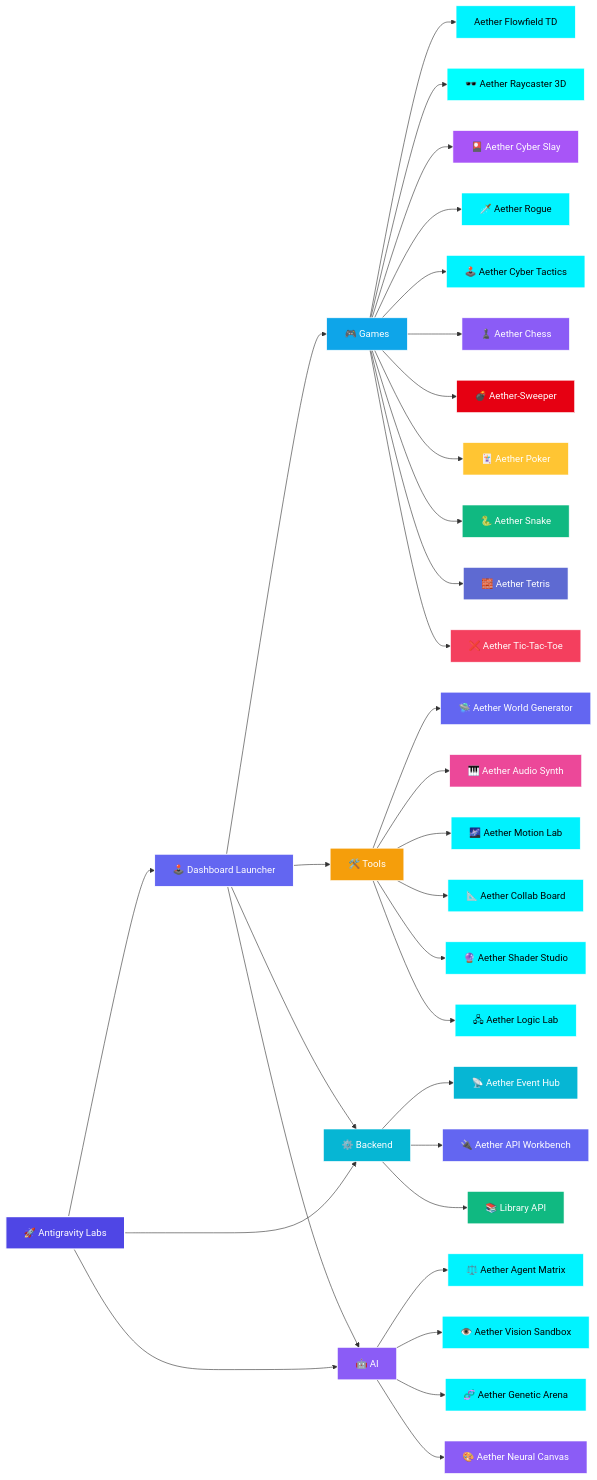
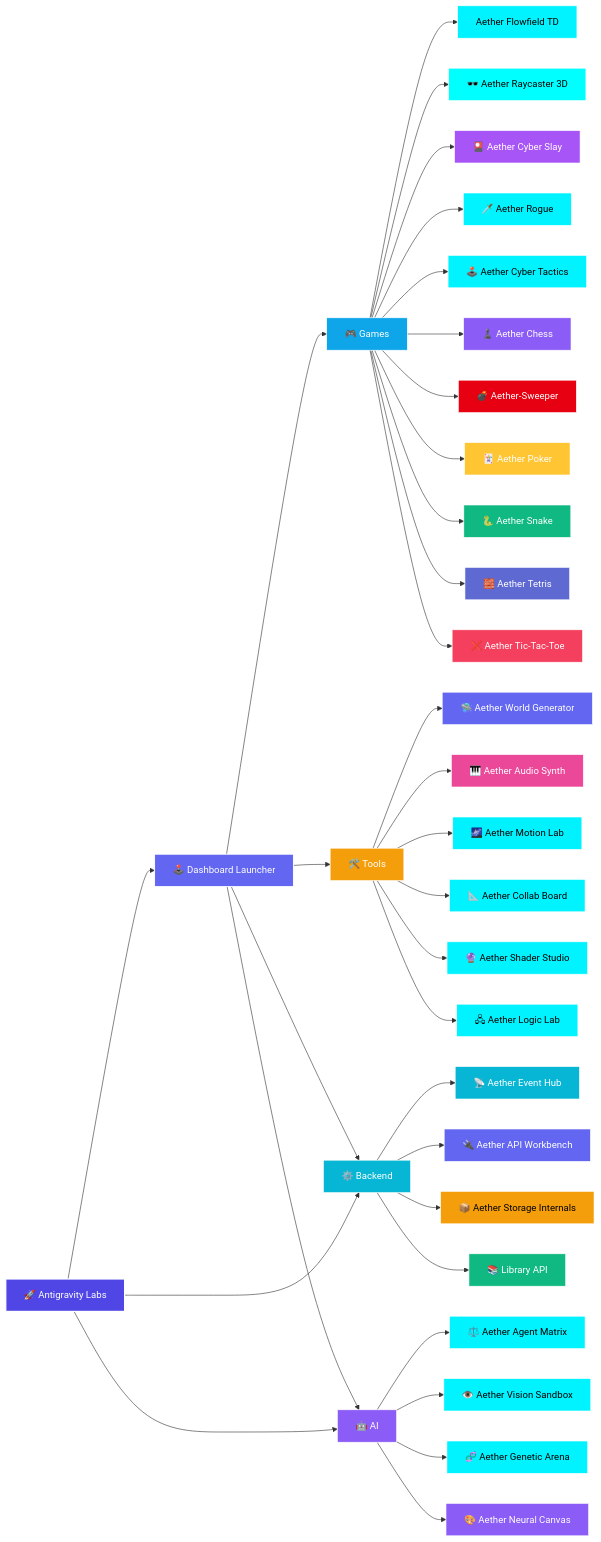
The diagram in README.md (Leturnos/antigravity-labs), drawn with Mermaid before and after one commit. The commit also changed other lines of this file and 3 other files, not shown here.

Commit message:
feat(dashboard): integrate Aether Storage Internals into launcher and documentation

````diff
--- a/README.md
+++ b/README.md
@@ -49,73 +50,75 @@
 ```mermaid
 flowchart LR
     Root["🚀 Antigravity Labs"]
     Launcher["🕹️ Dashboard Launcher"]
 
     Root --> Launcher
     Root --> Backend["⚙️ Backend"]
     Root --> AI["🤖 AI"]
 
     Launcher --> Games["🎮 Games"]
     Launcher --> Tools["🛠️ Tools"]
     Launcher --> AI["🤖 AI"]
     Launcher --> Backend["⚙️ Backend"]
 
     Games --> FlowfieldTD["Aether Flowfield TD"]
     Games --> Raycaster["🕶️ Aether Raycaster 3D"]
     Games --> CyberSlay["🎴 Aether Cyber Slay"]
     Games --> Rogue["🗡️ Aether Rogue"]
     Games --> Tactics["🕹️ Aether Cyber Tactics"]
     Games --> Chess["♟️ Aether Chess"]
     Games --> Sweeper["💣 Aether-Sweeper"]
     Games --> Poker["🃏 Aether Poker"]
     Games --> Snake["🐍 Aether Snake"]
     Games --> Tetris["🧱 Aether Tetris"]
     Games --> TicTacToe["❌ Aether Tic-Tac-Toe"]
 
     Backend --> EventHub["📡 Aether Event Hub"]
     Backend --> APIWorkbench["🔌 Aether API Workbench"]
+    Backend --> StorageInternals["📦 Aether Storage Internals"]
     Backend --> LibraryAPI["📚 Library API"]
     
     Tools --> WorldGen["🛸 Aether World Generator"]
     Tools --> AudioSynth["🎹 Aether Audio Synth"]
     Tools --> MotionLab["🌌 Aether Motion Lab"]
     Tools --> CollabBoard["📐 Aether Collab Board"]
     Tools --> ShaderStudio["🔮 Aether Shader Studio"]
     Tools --> LogicLab["🖧 Aether Logic Lab"]
 
     AI --> AgentMatrix["⚖️ Aether Agent Matrix"]
     AI --> VisionSandbox["👁️ Aether Vision Sandbox"]
     AI --> GeneticArena["🧬 Aether Genetic Arena"]
     AI --> NeuralCanvas["🎨 Aether Neural Canvas"]
 
     style Root fill:#4f46e5,stroke:#fff,stroke-width:2px,color:#fff
     style Launcher fill:#6366f1,stroke:#fff,stroke-width:1.5px,color:#fff
     style Games fill:#0ea5e9,stroke:#fff,stroke-width:1px,color:#fff
     style Backend fill:#06b6d4,stroke:#fff,stroke-width:1px,color:#fff
     style AI fill:#8b5cf6,stroke:#fff,stroke-width:1px,color:#fff
     style Tools fill:#f59e0b,stroke:#fff,stroke-width:1px,color:#fff
     style FlowfieldTD fill:#00f3ff,stroke:#fff,stroke-width:1px,color:#000
     style Raycaster fill:#00ffff,stroke:#fff,stroke-width:1px,color:#000
     style CyberSlay fill:#a855f7,stroke:#fff,stroke-width:1px,color:#fff
     style Rogue fill:#00f3ff,stroke:#fff,stroke-width:1px,color:#000
     style Tactics fill:#00f3ff,stroke:#fff,stroke-width:1px,color:#000
     style Chess fill:#8b5cf6,stroke:#fff,stroke-width:1px,color:#fff
     style Sweeper fill:#e60012,stroke:#fff,stroke-width:1px,color:#fff
     style Poker fill:#ffc533,stroke:#fff,stroke-width:1px,color:#fff
     style Snake fill:#10b981,stroke:#fff,stroke-width:1px,color:#fff
     style Tetris fill:#5e6ad2,stroke:#fff,stroke-width:1px,color:#fff
     style TicTacToe fill:#f43f5e,stroke:#fff,stroke-width:1px,color:#fff
     style EventHub fill:#06b6d4,stroke:#fff,stroke-width:1px,color:#fff
     style APIWorkbench fill:#6366f1,stroke:#fff,stroke-width:1px,color:#fff
+    style StorageInternals fill:#f59e0b,stroke:#fff,stroke-width:1px,color:#000
     style LibraryAPI fill:#10b981,stroke:#fff,stroke-width:1px,color:#fff
     style WorldGen fill:#6366f1,stroke:#fff,stroke-width:1px,color:#fff
     style AudioSynth fill:#ec4899,stroke:#fff,stroke-width:1px,color:#fff
     style MotionLab fill:#00f2fe,stroke:#fff,stroke-width:1px,color:#000
     style CollabBoard fill:#00f3ff,stroke:#fff,stroke-width:1px,color:#000
     style ShaderStudio fill:#00f3ff,stroke:#fff,stroke-width:1px,color:#000
     style LogicLab fill:#00f3ff,stroke:#fff,stroke-width:1px,color:#000
     style AgentMatrix fill:#00f3ff,stroke:#fff,stroke-width:1px,color:#000
     style VisionSandbox fill:#00f3ff,stroke:#fff,stroke-width:1px,color:#000
     style GeneticArena fill:#00f3ff,stroke:#fff,stroke-width:1px,color:#000
     style NeuralCanvas fill:#8b5cf6,stroke:#fff,stroke-width:1px,color:#fff
 ```
````
